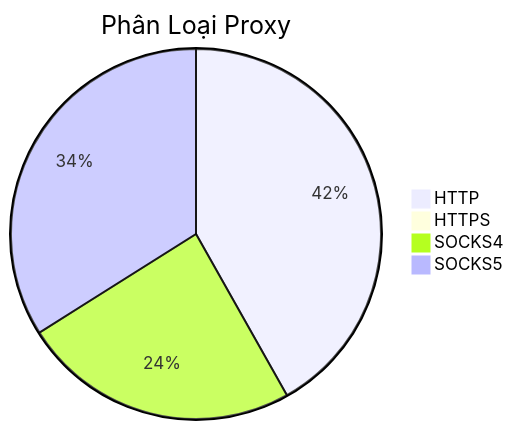
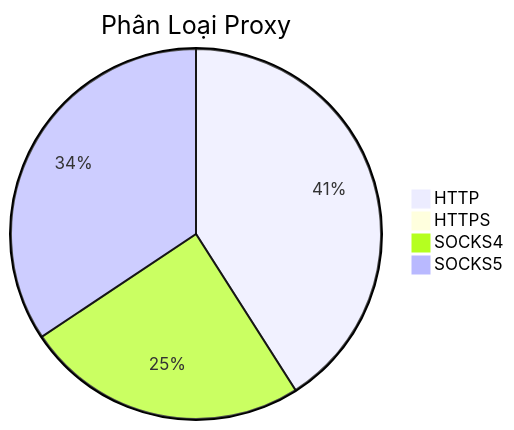
Before and after one commit to Ciara-12/PROXY-free: the diagram in README.md, drawn with Mermaid. The commit also changed other lines of this file and 3 other files, not shown here.

````diff
--- a/README.md
+++ b/README.md
@@ -26,7 +26,7 @@
 ```mermaid
 pie title Phân Loại Proxy
-    "HTTP" : 435
+    "HTTP" : 440
     "HTTPS" : 0
-    "SOCKS4" : 252
-    "SOCKS5" : 353
+    "SOCKS4" : 265
+    "SOCKS5" : 369
 ```
````
